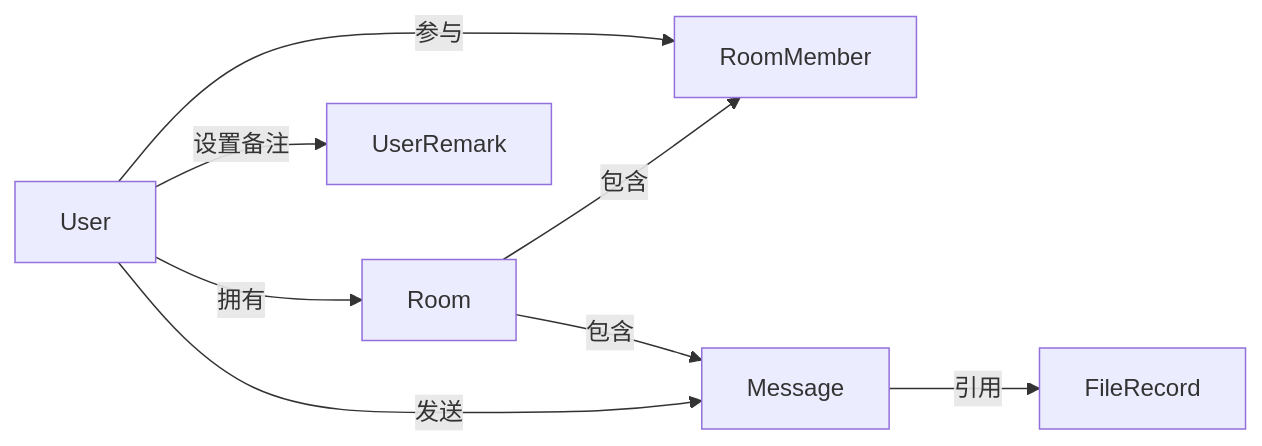
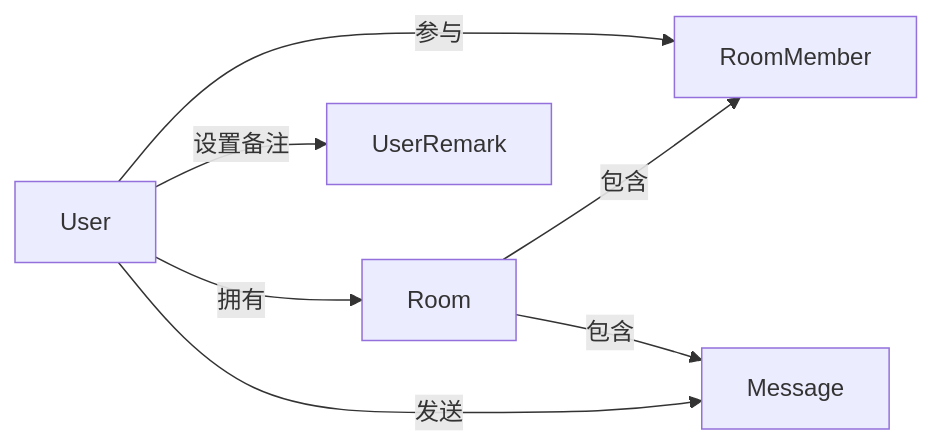
One commit to HaoDuoYv/websocket_chat changed the third of 4 diagrams in Technical_Architecture.md. Above: the diagram before and after it, drawn with Mermaid. The commit also changed other lines of this file and 5 other files, not shown here.

````diff
--- a/Technical_Architecture.md
+++ b/Technical_Architecture.md
@@ -156,10 +158,9 @@
 ```mermaid
 graph LR
     User -- 拥有 --> Room
     User -- 参与 --> RoomMember
     Room -- 包含 --> RoomMember
     Room -- 包含 --> Message
     User -- 发送 --> Message
-    Message -- 引用 --> FileRecord
     User -- 设置备注 --> UserRemark
 ```
````
